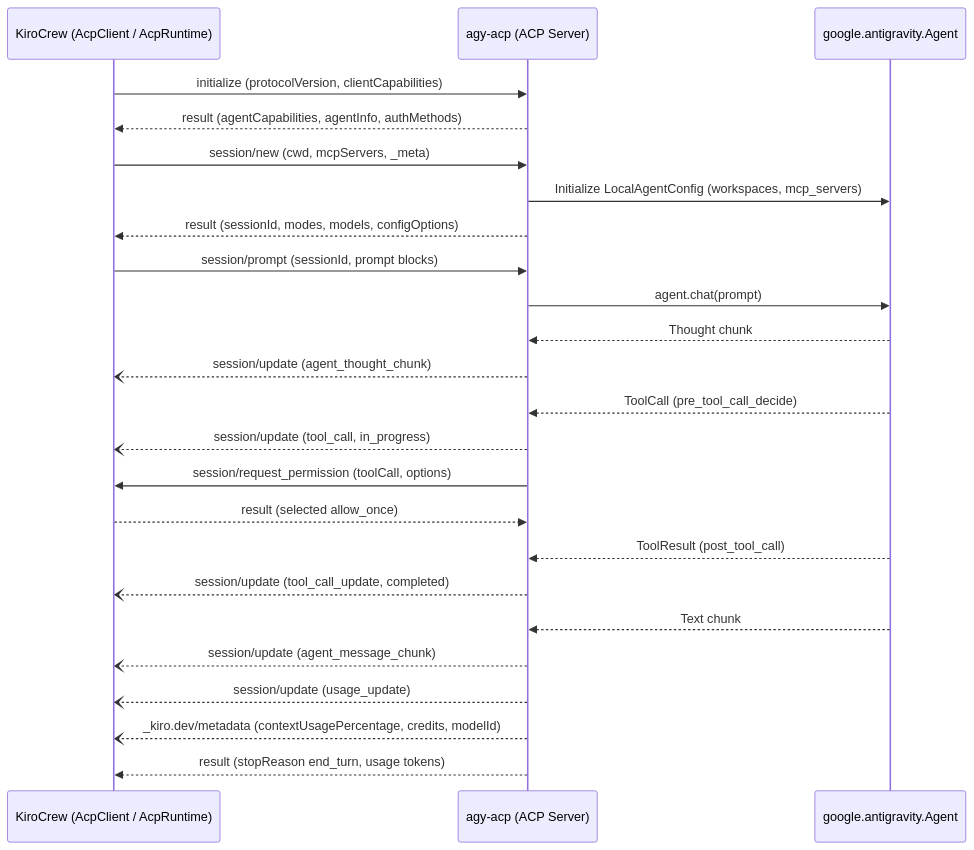
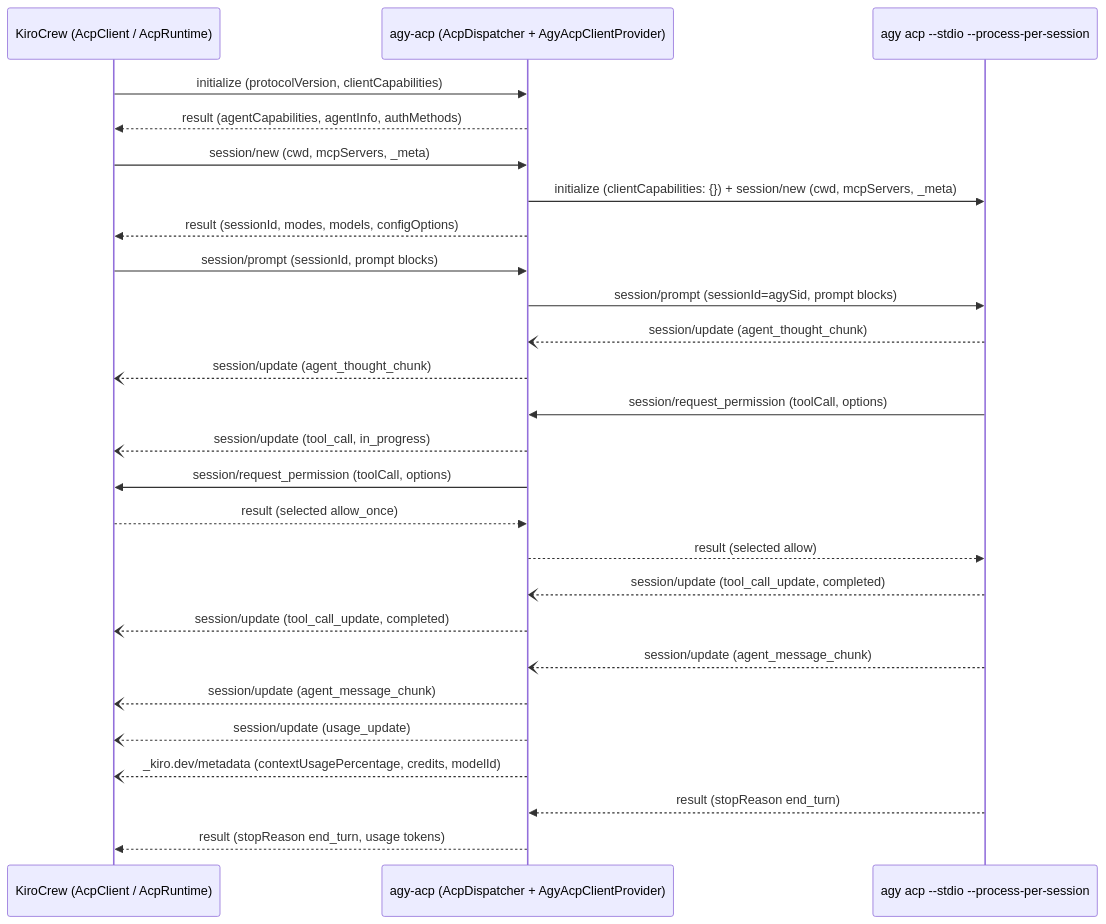
Before and after one commit to benwart/agy-acp: the diagram in docs/requirements/acp-interface.md, drawn with Mermaid. The commit also changed other lines of this file and 13 other files, not shown here.

Commit message:
docs(acp): update architecture, design, requirements, and runbooks for agy acp subprocess bridge

````diff
--- a/docs/requirements/acp-interface.md
+++ b/docs/requirements/acp-interface.md
@@ -31,27 +31,29 @@
 ```mermaid
 sequenceDiagram
     participant KC as KiroCrew (AcpClient / AcpRuntime)
-    participant ACP as agy-acp (ACP Server)
-    participant SDK as google.antigravity.Agent
+    participant ACP as agy-acp (AcpDispatcher + AgyAcpClientProvider)
+    participant AGY as agy acp --stdio --process-per-session
 
     KC->>ACP: initialize (protocolVersion, clientCapabilities)
     ACP-->>KC: result (agentCapabilities, agentInfo, authMethods)
     KC->>ACP: session/new (cwd, mcpServers, _meta)
-    ACP->>SDK: Initialize LocalAgentConfig (workspaces, mcp_servers)
+    ACP->>AGY: initialize (clientCapabilities: {}) + session/new (cwd, mcpServers, _meta)
     ACP-->>KC: result (sessionId, modes, models, configOptions)
     KC->>ACP: session/prompt (sessionId, prompt blocks)
-    ACP->>SDK: agent.chat(prompt)
-    SDK-->>ACP: Thought chunk
+    ACP->>AGY: session/prompt (sessionId=agySid, prompt blocks)
+    AGY--)ACP: session/update (agent_thought_chunk)
     ACP--)KC: session/update (agent_thought_chunk)
-    SDK-->>ACP: ToolCall (pre_tool_call_decide)
+    AGY->>ACP: session/request_permission (toolCall, options)
     ACP--)KC: session/update (tool_call, in_progress)
     ACP->>KC: session/request_permission (toolCall, options)
     KC-->>ACP: result (selected allow_once)
-    SDK-->>ACP: ToolResult (post_tool_call)
+    ACP-->>AGY: result (selected allow)
+    AGY--)ACP: session/update (tool_call_update, completed)
     ACP--)KC: session/update (tool_call_update, completed)
-    SDK-->>ACP: Text chunk
+    AGY--)ACP: session/update (agent_message_chunk)
     ACP--)KC: session/update (agent_message_chunk)
     ACP--)KC: session/update (usage_update)
     ACP--)KC: _kiro.dev/metadata (contextUsagePercentage, credits, modelId)
+    AGY-->>ACP: result (stopReason end_turn)
     ACP-->>KC: result (stopReason end_turn, usage tokens)
 ```
````
